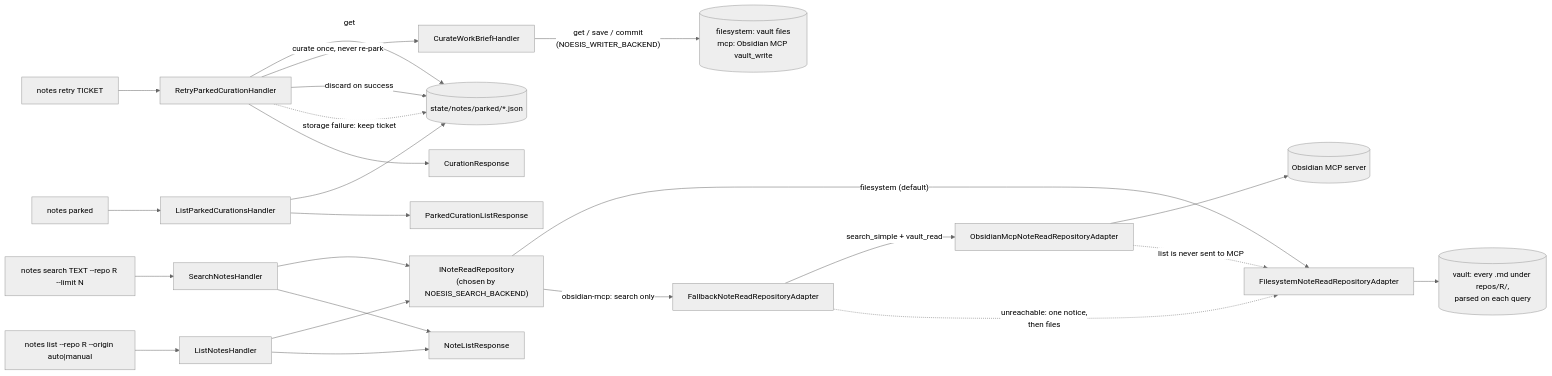
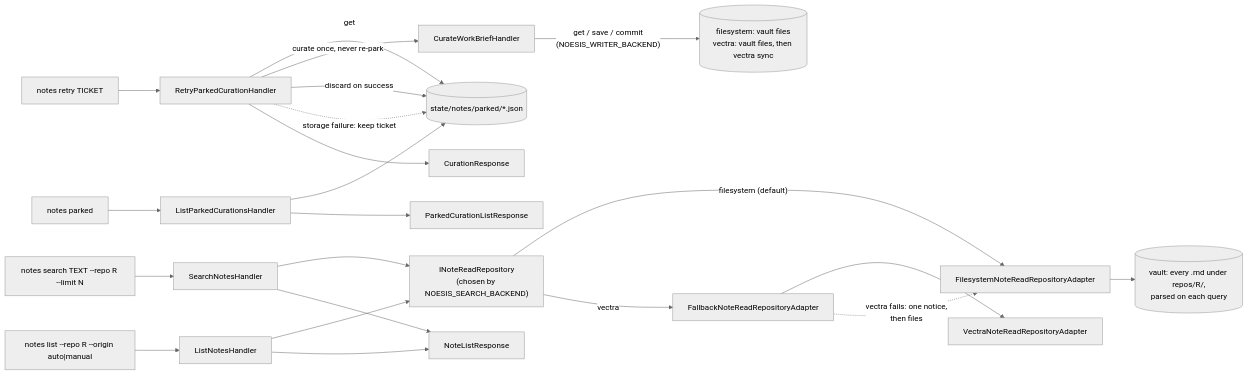
One commit to p-hzamora/noesis changed the diagram in docs/workflows/notes.md. Above: the diagram before and after it, drawn with Mermaid (neutral theme). The commit also changed other lines of this file and 16 other files, not shown here.

Commit message:
docs(knowledge): document the record store and retire Obsidian MCP references

````diff
--- a/docs/workflows/notes.md
+++ b/docs/workflows/notes.md
@@ -7,28 +7,26 @@
 ```mermaid
 flowchart LR
     retry["notes retry TICKET"] --> rh[RetryParkedCurationHandler]
     rh -->|get| q[("state/notes/parked/*.json")]
     rh -->|"curate once, never re-park"| ch[CurateWorkBriefHandler]
     rh -->|"discard on success"| q
 
     parked["notes parked"] --> ph[ListParkedCurationsHandler] --> q
 
     search["notes search TEXT --repo R --limit N"] --> sh[SearchNotesHandler]
     list["notes list --repo R --origin auto|manual"] --> lh[ListNotesHandler]
     sh --> rr["INoteReadRepository<br/>(chosen by NOESIS_SEARCH_BACKEND)"]
     lh --> rr
     rr -->|"filesystem (default)"| fs[FilesystemNoteReadRepositoryAdapter]
     fs --> vault[("vault: every .md under repos/R/,<br/>parsed on each query")]
-    rr -->|"obsidian-mcp: search only"| fb[FallbackNoteReadRepositoryAdapter]
-    fb -->|"search_simple + vault_read"| mcp[ObsidianMcpNoteReadRepositoryAdapter]
-    mcp --> obs[("Obsidian MCP server")]
-    fb -.->|"unreachable: one notice,<br/>then files"| fs
-    mcp -.->|"list is never sent to MCP"| fs
+    rr -->|"vectra"| fb[FallbackNoteReadRepositoryAdapter]
+    fb --> vr[VectraNoteReadRepositoryAdapter]
+    fb -.->|"vectra fails: one notice,<br/>then files"| fs
 
-    ch -->|"get / save / commit<br/>(NOESIS_WRITER_BACKEND)"| uow[("filesystem: vault files<br/>mcp: Obsidian MCP vault_write")]
+    ch -->|"get / save / commit<br/>(NOESIS_WRITER_BACKEND)"| uow[("filesystem: vault files<br/>vectra: vault files, then vectra sync")]
     rh -.->|"storage failure: keep ticket"| q
     rh --> r1[CurationResponse]
     ph --> r2[ParkedCurationListResponse]
     sh --> r3[NoteListResponse]
     lh --> r3
 ```
````
